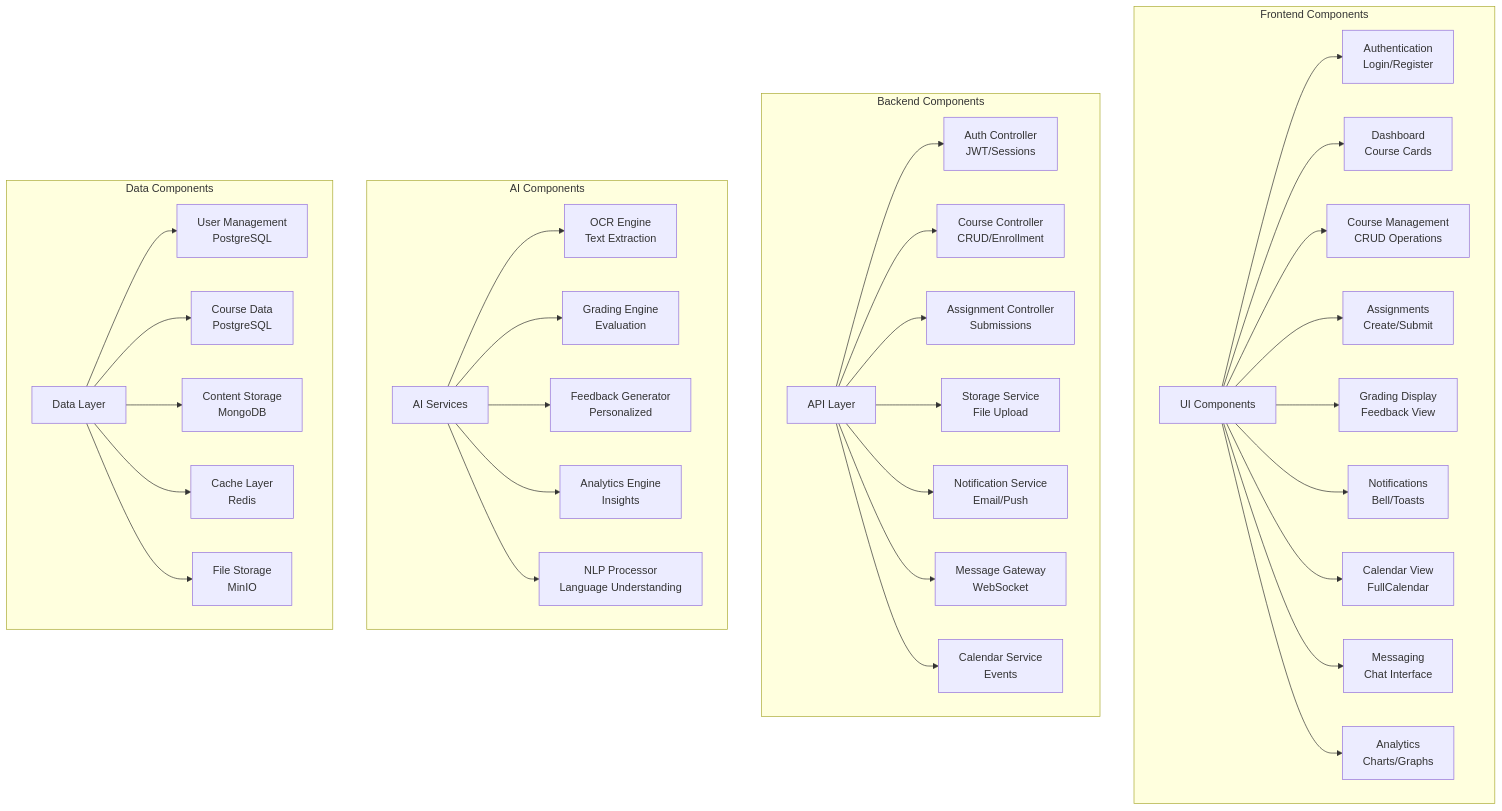
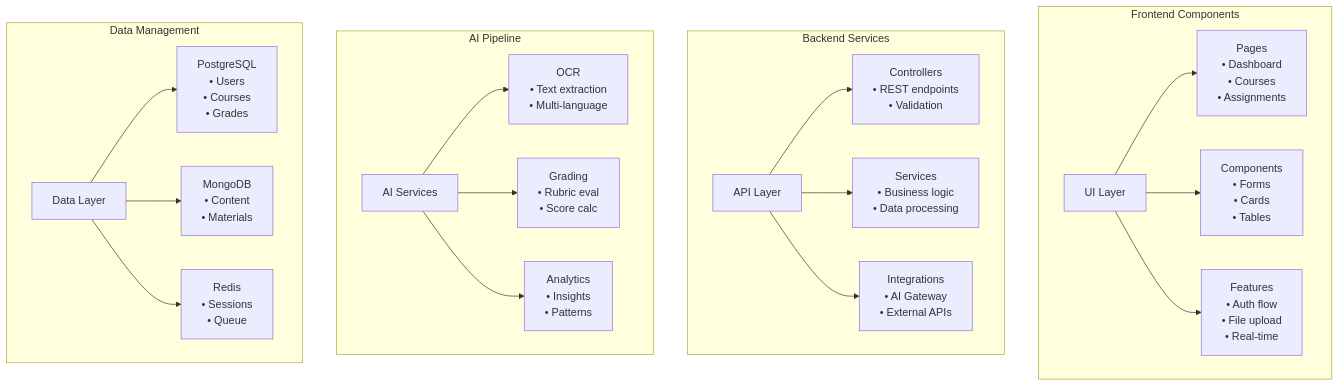
Before and after one commit to abdulrahman-riyad/Co-Learn: the third of 12 diagrams in diagrams-and-docs/mvp-documentation.md, drawn with Mermaid. The commit also changed other lines of this file and 31 other files, not shown here.

Commit message:
diagrams updated

````diff
--- a/diagrams-and-docs/mvp-documentation.md
+++ b/diagrams-and-docs/mvp-documentation.md
@@ -352,44 +228,30 @@
 ```mermaid
 graph TB
     subgraph "Frontend Components"
-        UI[UI Components]
-        UI --> Auth_UI[Authentication<br/>Login/Register]
-        UI --> Dashboard_UI[Dashboard<br/>Course Cards]
-        UI --> Course_UI[Course Management<br/>CRUD Operations]
-        UI --> Assign_UI[Assignments<br/>Create/Submit]
-        UI --> Grade_UI[Grading Display<br/>Feedback View]
-        UI --> Notify_UI[Notifications<br/>Bell/Toasts]
-        UI --> Calendar_UI[Calendar View<br/>FullCalendar]
-        UI --> Message_UI[Messaging<br/>Chat Interface]
-        UI --> Insights_UI[Analytics<br/>Charts/Graphs]
+        UI[UI Layer]
+        UI --> Pages[Pages<br/>• Dashboard<br/>• Courses<br/>• Assignments]
+        UI --> Components[Components<br/>• Forms<br/>• Cards<br/>• Tables]
+        UI --> Features[Features<br/>• Auth flow<br/>• File upload<br/>• Real-time]
     end
     
-    subgraph "Backend Components"
+    subgraph "Backend Services"
         API[API Layer]
-        API --> Auth_API[Auth Controller<br/>JWT/Sessions]
-        API --> Course_API[Course Controller<br/>CRUD/Enrollment]
-        API --> Assign_API[Assignment Controller<br/>Submissions]
-        API --> Storage_API[Storage Service<br/>File Upload]
-        API --> Notify_API[Notification Service<br/>Email/Push]
-        API --> Message_API[Message Gateway<br/>WebSocket]
-        API --> Calendar_API[Calendar Service<br/>Events]
+        API --> Controllers[Controllers<br/>• REST endpoints<br/>• Validation]
+        API --> Services[Services<br/>• Business logic<br/>• Data processing]
+        API --> Integration[Integrations<br/>• AI Gateway<br/>• External APIs]
     end
     
-    subgraph "AI Components"
+    subgraph "AI Pipeline"
         AI[AI Services]
-        AI --> OCR[OCR Engine<br/>Text Extraction]
-        AI --> Grader[Grading Engine<br/>Evaluation]
-        AI --> Feedback[Feedback Generator<br/>Personalized]
-        AI --> Analytics[Analytics Engine<br/>Insights]
-        AI --> NLP[NLP Processor<br/>Language Understanding]
+        AI --> OCR[OCR<br/>• Text extraction<br/>• Multi-language]
+        AI --> Grading[Grading<br/>• Rubric eval<br/>• Score calc]
+        AI --> Analytics[Analytics<br/>• Insights<br/>• Patterns]
     end
     
-    subgraph "Data Components"
+    subgraph "Data Management"
         Data[Data Layer]
-        Data --> UserDB[User Management<br/>PostgreSQL]
-        Data --> CourseDB[Course Data<br/>PostgreSQL]
-        Data --> ContentDB[Content Storage<br/>MongoDB]
-        Data --> CacheDB[Cache Layer<br/>Redis]
-        Data --> FileDB[File Storage<br/>MinIO]
+        Data --> Relational[PostgreSQL<br/>• Users<br/>• Courses<br/>• Grades]
+        Data --> NoSQL[MongoDB<br/>• Content<br/>• Materials]
+        Data --> Cache[Redis<br/>• Sessions<br/>• Queue]
     end
 ```
````
